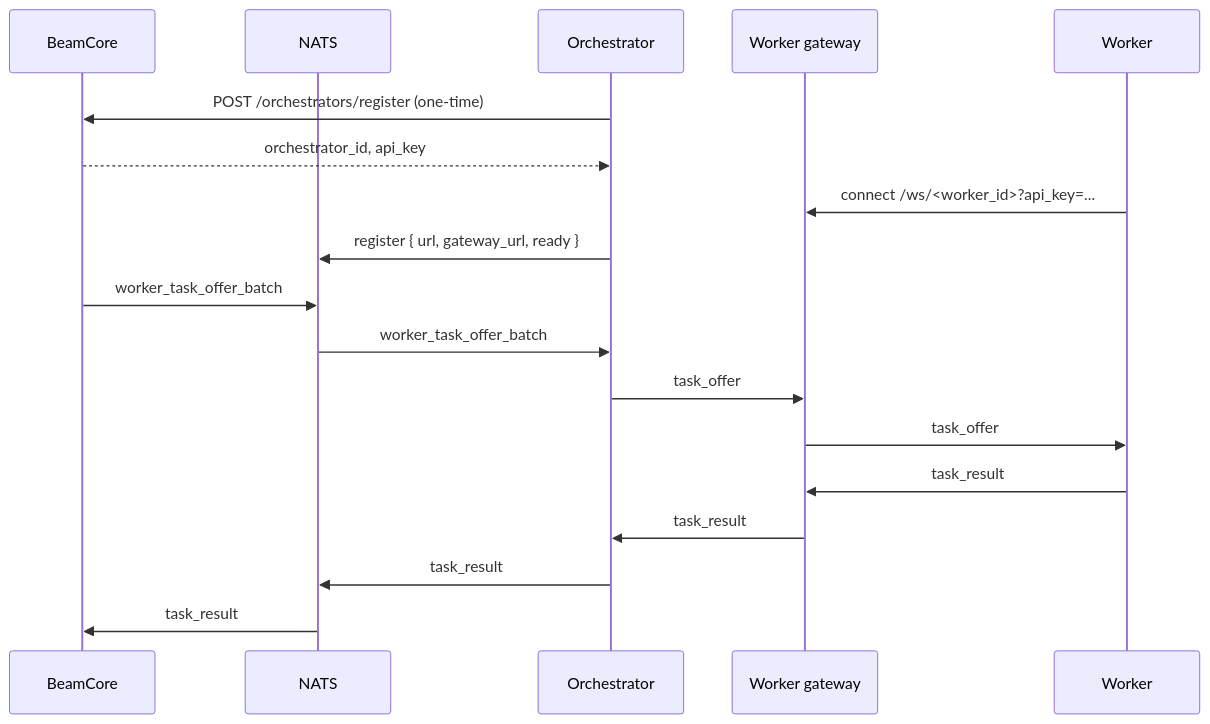
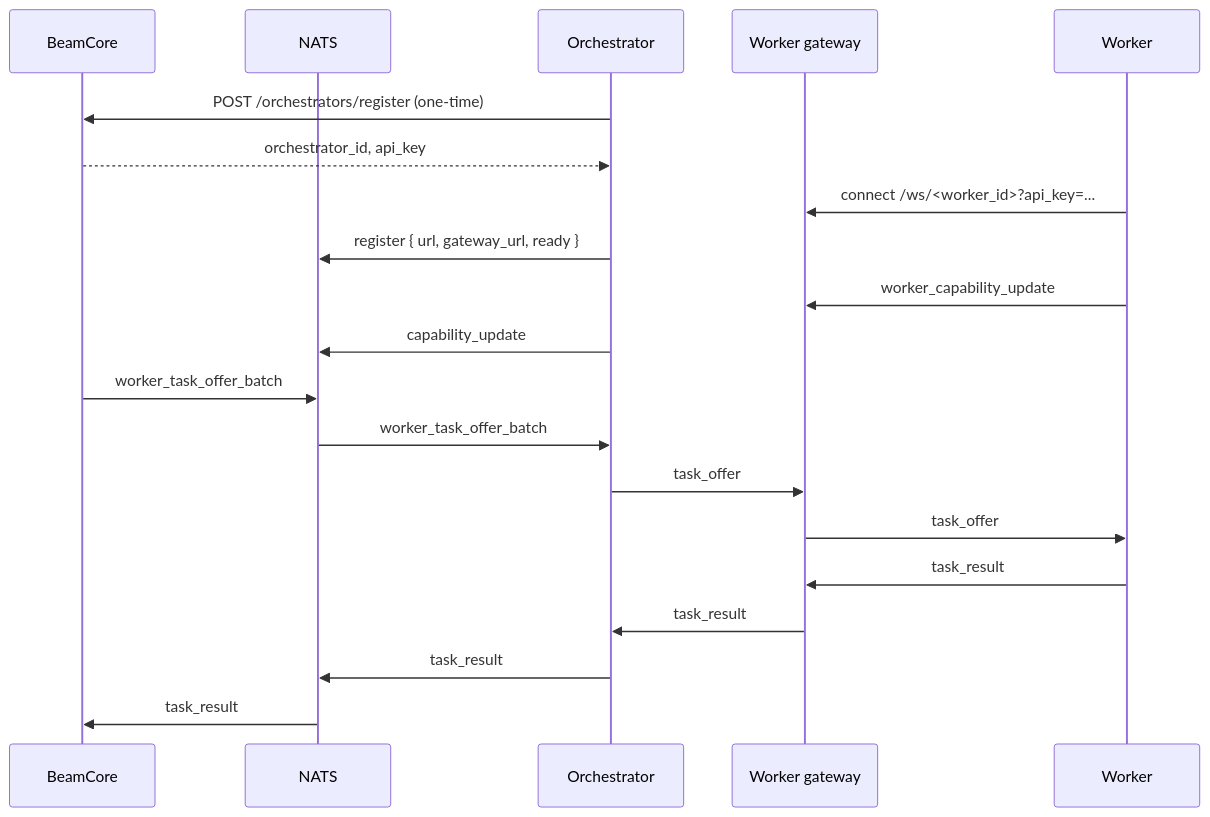
Before and after one commit to Beam-Network/beam: the diagram in guide/orchestrators.md, drawn with Mermaid. The commit also changed other lines of this file and 116 other files, not shown here.

````diff
--- a/guide/orchestrators.md
+++ b/guide/orchestrators.md
@@ -33,21 +34,23 @@
 ```mermaid
 sequenceDiagram
     participant BC as BeamCore
     participant NATS
     participant O as Orchestrator
     participant WG as Worker gateway
     participant W as Worker
 
     O->>BC: POST /orchestrators/register (one-time)
     BC-->>O: orchestrator_id, api_key
     W->>WG: connect /ws/<worker_id>?api_key=...
     O->>NATS: register { url, gateway_url, ready }
+    W->>WG: worker_capability_update
+    O->>NATS: capability_update
     BC->>NATS: worker_task_offer_batch
     NATS->>O: worker_task_offer_batch
     O->>WG: task_offer
     WG->>W: task_offer
     W->>WG: task_result
     WG->>O: task_result
     O->>NATS: task_result
     NATS->>BC: task_result
 ```
````
